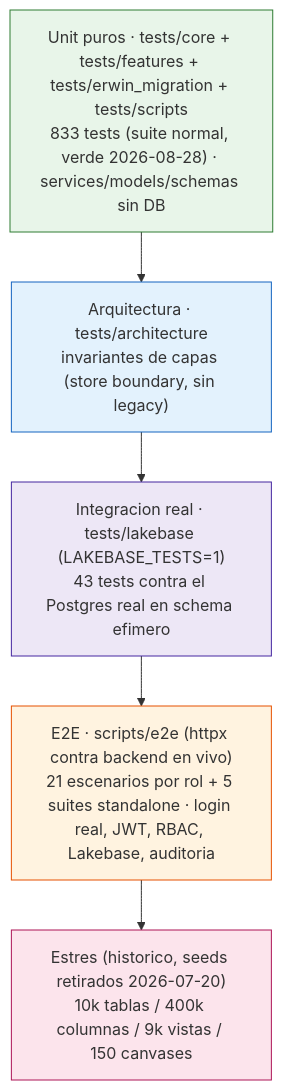
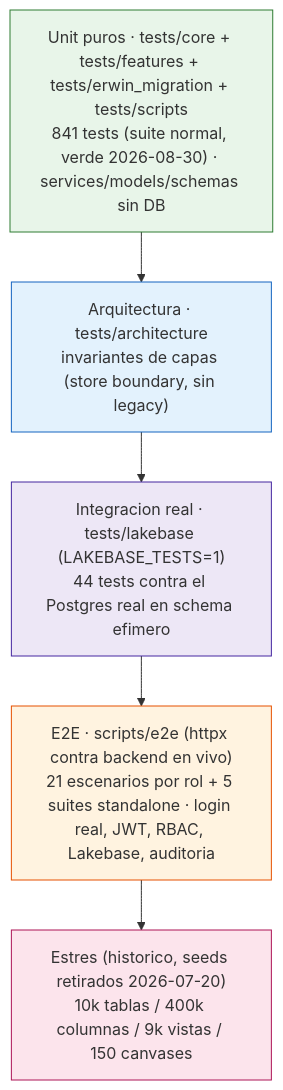
One commit to Carlosmps97/backend-data-model-hub changed the first of 6 diagrams in doc/testing.md. Above: the diagram before and after it, drawn with Mermaid. The commit also changed other lines of this file and 6 other files, not shown here.

````diff
--- a/doc/testing.md
+++ b/doc/testing.md
@@ -21,16 +21,16 @@
 ```mermaid
 flowchart TD
     A["Estres (historico, seeds retirados 2026-07-20)<br/>10k tablas / 400k columnas / 9k vistas / 150 canvases"]
     B["E2E · scripts/e2e (httpx contra backend en vivo)<br/>21 escenarios por rol + 5 suites standalone · login real, JWT, RBAC, Lakebase, auditoria"]
-    L["Integracion real · tests/lakebase (LAKEBASE_TESTS=1)<br/>43 tests contra el Postgres real en schema efimero"]
+    L["Integracion real · tests/lakebase (LAKEBASE_TESTS=1)<br/>44 tests contra el Postgres real en schema efimero"]
     C["Arquitectura · tests/architecture<br/>invariantes de capas (store boundary, sin legacy)"]
-    D["Unit puros · tests/core + tests/features + tests/erwin_migration + tests/scripts<br/>833 tests (suite normal, verde 2026-08-28) · services/models/schemas sin DB"]
+    D["Unit puros · tests/core + tests/features + tests/erwin_migration + tests/scripts<br/>841 tests (suite normal, verde 2026-08-30) · services/models/schemas sin DB"]
 
     D --> C --> L --> B --> A
 
     style D fill:#e8f5e9,stroke:#2e7d32
     style C fill:#e3f2fd,stroke:#1565c0
     style L fill:#ede7f6,stroke:#4527a0
     style B fill:#fff3e0,stroke:#e65100
     style A fill:#fce4ec,stroke:#ad1457
 ```
````
